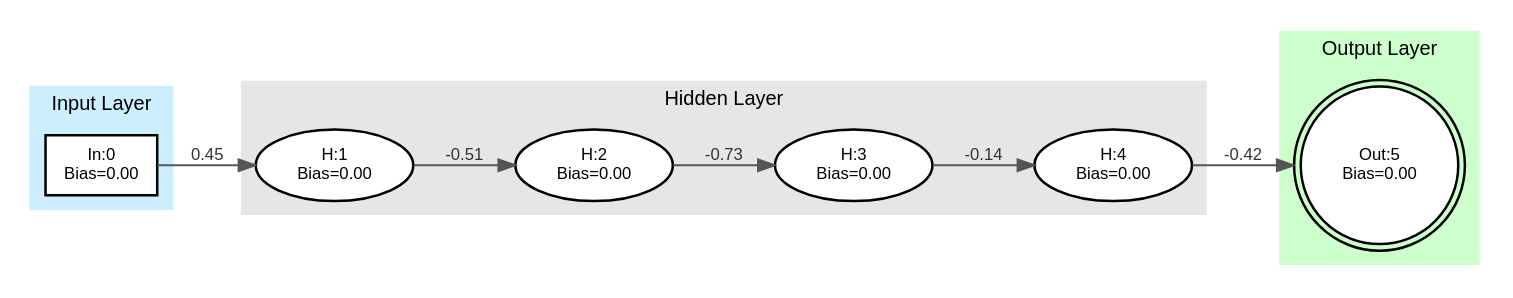
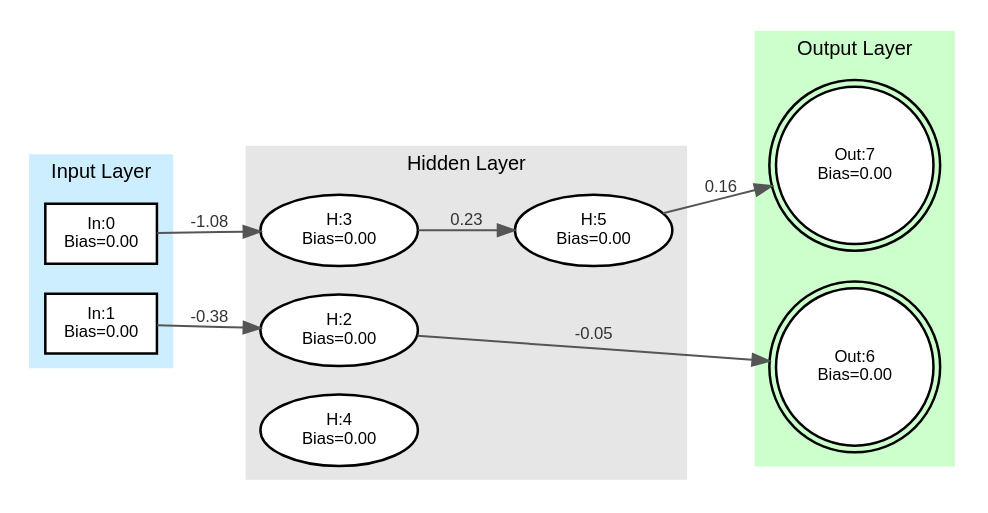
Before and after one commit to Apoxtrophe/MiNET_AI: the diagram in minet_test.dot, drawn with Graphviz. The commit also changed 3 other files, not shown here.

```diff
--- a/minet_test.dot
+++ b/minet_test.dot
@@ -1,50 +1,52 @@
 digraph Minet {
     // Use left-to-right orientation
     rankdir=LR;
     graph [layout=dot, fontname="Helvetica", fontsize=12];
     node [fontname="Helvetica", fontsize=10];
     edge [fontname="Helvetica", fontsize=10];
 
     subgraph cluster_inputs {
         style=filled;
         color="#cceeff";
         penwidth=1.5;
         label="Input Layer";
         labelloc="top";
         labeljust="center";
         rank=same;
         neuron_0 [shape=box, style=filled, fillcolor=white, penwidth=1.5, label="In:0\nBias=0.00"];
+        neuron_1 [shape=box, style=filled, fillcolor=white, penwidth=1.5, label="In:1\nBias=0.00"];
     }
 
     subgraph cluster_hidden {
         style=filled;
         color="#e6e6e6";
         penwidth=1.5;
         label="Hidden Layer";
         labelloc="top";
         labeljust="center";
-        neuron_1 [shape=ellipse, style=filled, fillcolor=white, penwidth=1.5, label="H:1\nBias=0.00"];
         neuron_2 [shape=ellipse, style=filled, fillcolor=white, penwidth=1.5, label="H:2\nBias=0.00"];
         neuron_3 [shape=ellipse, style=filled, fillcolor=white, penwidth=1.5, label="H:3\nBias=0.00"];
         neuron_4 [shape=ellipse, style=filled, fillcolor=white, penwidth=1.5, label="H:4\nBias=0.00"];
+        neuron_5 [shape=ellipse, style=filled, fillcolor=white, penwidth=1.5, label="H:5\nBias=0.00"];
     }
 
     subgraph cluster_outputs {
         style=filled;
         color="#ccffcc";
         penwidth=1.5;
         label="Output Layer";
         labelloc="top";
         labeljust="center";
         rank=same;
-        neuron_5 [shape=doublecircle, style=filled, fillcolor=white, penwidth=1.5, label="Out:5\nBias=0.00"];
+        neuron_6 [shape=doublecircle, style=filled, fillcolor=white, penwidth=1.5, label="Out:6\nBias=0.00"];
+        neuron_7 [shape=doublecircle, style=filled, fillcolor=white, penwidth=1.5, label="Out:7\nBias=0.00"];
     }
 
     // Edges
     edge [color="#555555", penwidth=1.2];
-    neuron_0 -> neuron_1 [label="0.45", fontcolor="#333333"];
-    neuron_1 -> neuron_2 [label="-0.51", fontcolor="#333333"];
-    neuron_2 -> neuron_3 [label="-0.73", fontcolor="#333333"];
-    neuron_3 -> neuron_4 [label="-0.14", fontcolor="#333333"];
-    neuron_4 -> neuron_5 [label="-0.42", fontcolor="#333333"];
+    neuron_0 -> neuron_3 [label="-1.08", fontcolor="#333333"];
+    neuron_1 -> neuron_2 [label="-0.38", fontcolor="#333333"];
+    neuron_2 -> neuron_6 [label="-0.05", fontcolor="#333333"];
+    neuron_3 -> neuron_5 [label="0.23", fontcolor="#333333"];
+    neuron_5 -> neuron_7 [label="0.16", fontcolor="#333333"];
 }
```
